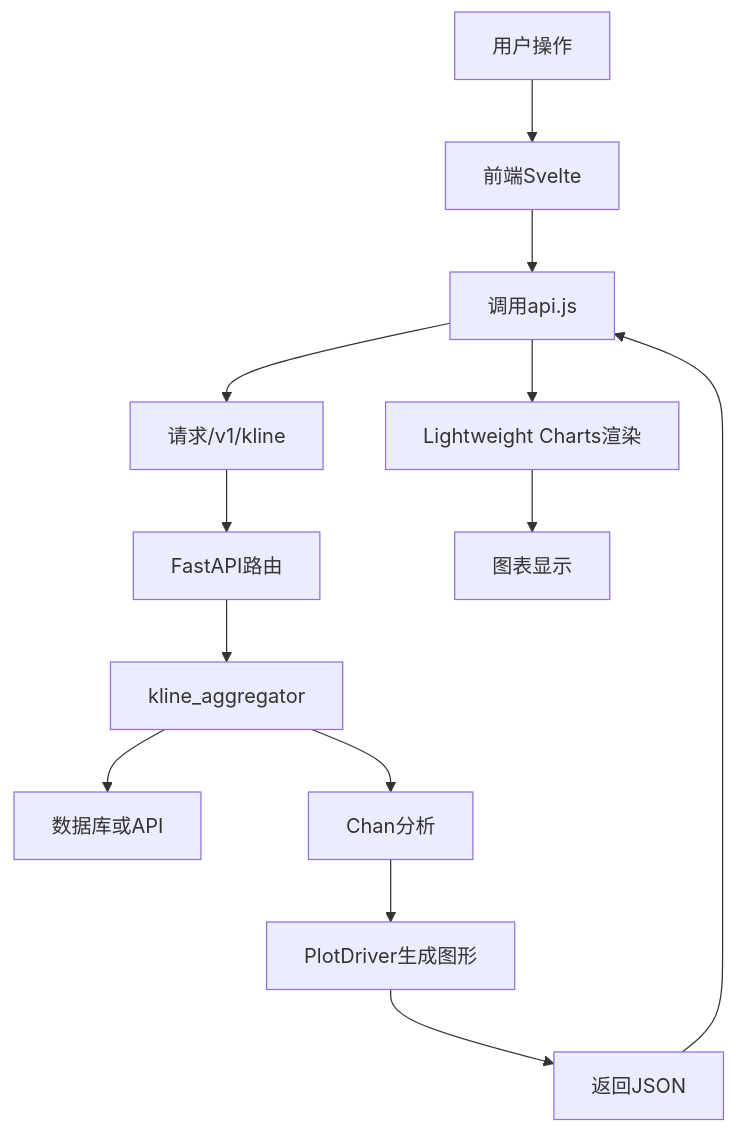
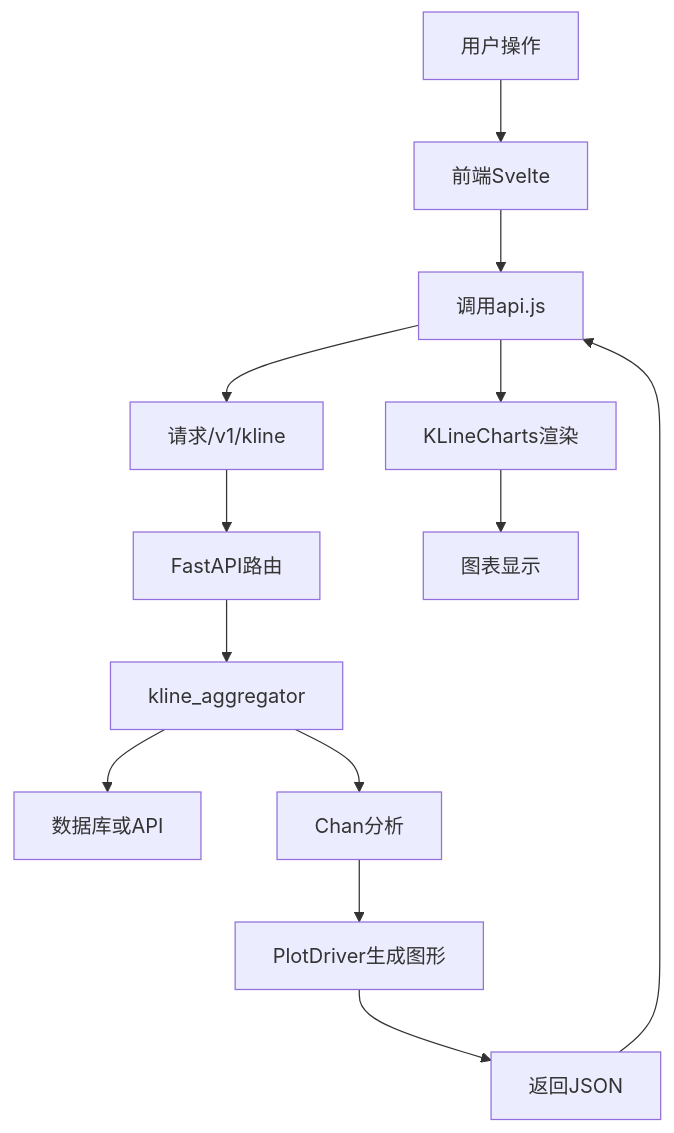
Before and after one commit to yjydmlh/turtle: the second of 7 diagrams in doc/前端架构/交易图表集成.md, drawn with Mermaid. The commit also changed other lines of this file and 9 other files, not shown here.

````diff
--- a/doc/前端架构/交易图表集成.md
+++ b/doc/前端架构/交易图表集成.md
@@ -75,15 +75,15 @@
 ```mermaid
 graph TD
 A[用户操作] --> B[前端Svelte]
 B --> C[调用api.js]
 C --> D[请求/v1/kline]
 D --> E[FastAPI路由]
 E --> F[kline_aggregator]
 F --> G[数据库或API]
 F --> H[Chan分析]
 H --> I[PlotDriver生成图形]
 I --> J[返回JSON]
 J --> C
-C --> K[Lightweight Charts渲染]
+C --> K[KLineCharts渲染]
 K --> L[图表显示]
 ```
````
